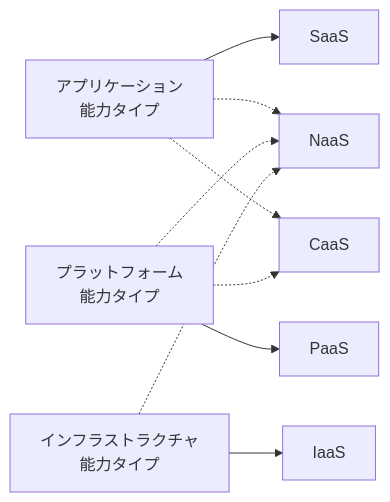
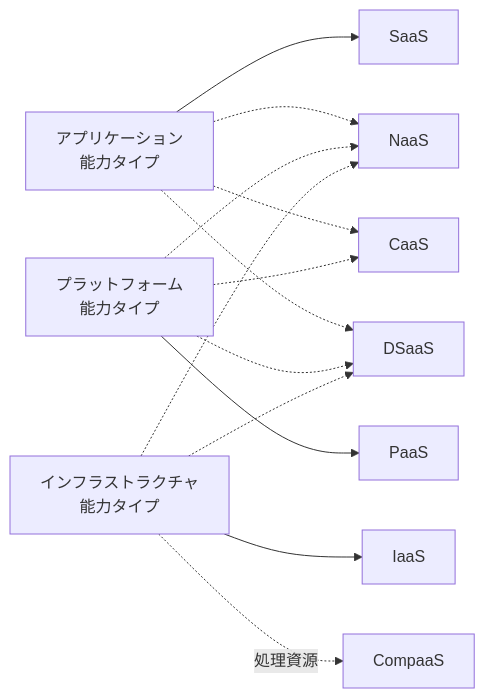
Before and after one commit to myoshi2891/Cloud-Infrastructure-and-Network-Studies: the fifth of 14 diagrams in Iso-iec-22123-2-guide.md, drawn with Mermaid. The commit also changed other lines of this file and 5 other files, not shown here.

````diff
--- a/Iso-iec-22123-2-guide.md
+++ b/Iso-iec-22123-2-guide.md
@@ -315,19 +315,25 @@
 ```mermaid
 flowchart LR
     T1["アプリケーション<br/>能力タイプ"]
     T2["プラットフォーム<br/>能力タイプ"]
     T3["インフラストラクチャ<br/>能力タイプ"]
     G1["SaaS"]
     G2["PaaS"]
     G3["IaaS"]
     G4["NaaS"]
     G5["CaaS"]
+    G6["CompaaS"]
+    G7["DSaaS"]
     T1 --> G1
     T2 --> G2
     T3 --> G3
     T1 -.-> G4
     T2 -.-> G4
     T3 -.-> G4
     T1 -.-> G5
     T2 -.-> G5
+    T3 -.->|"処理資源"| G6
+    T1 -.-> G7
+    T2 -.-> G7
+    T3 -.-> G7
 ```
````
